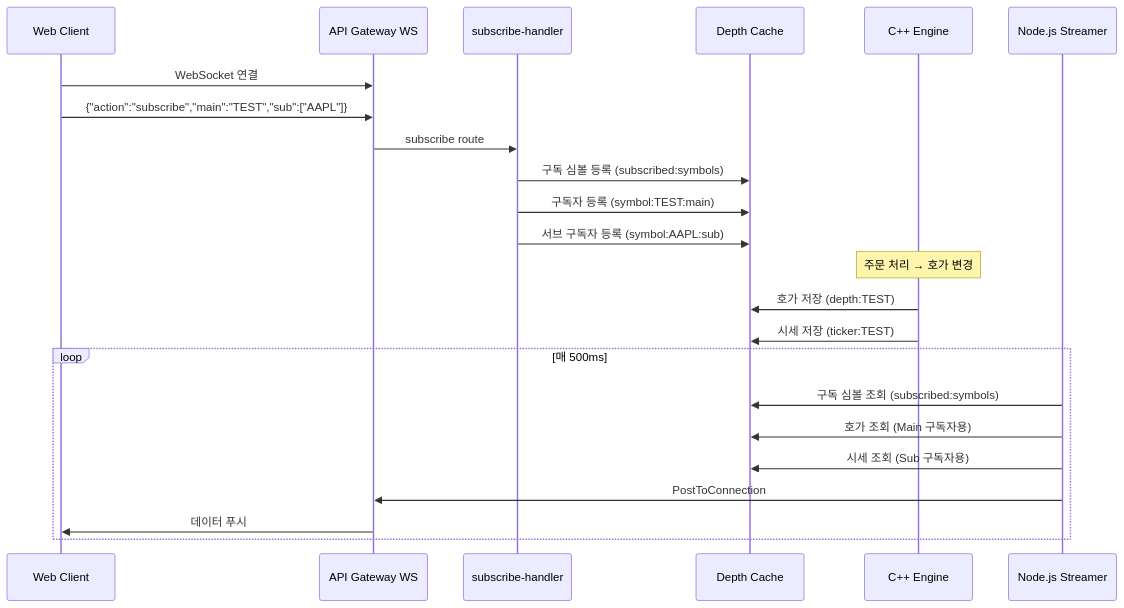
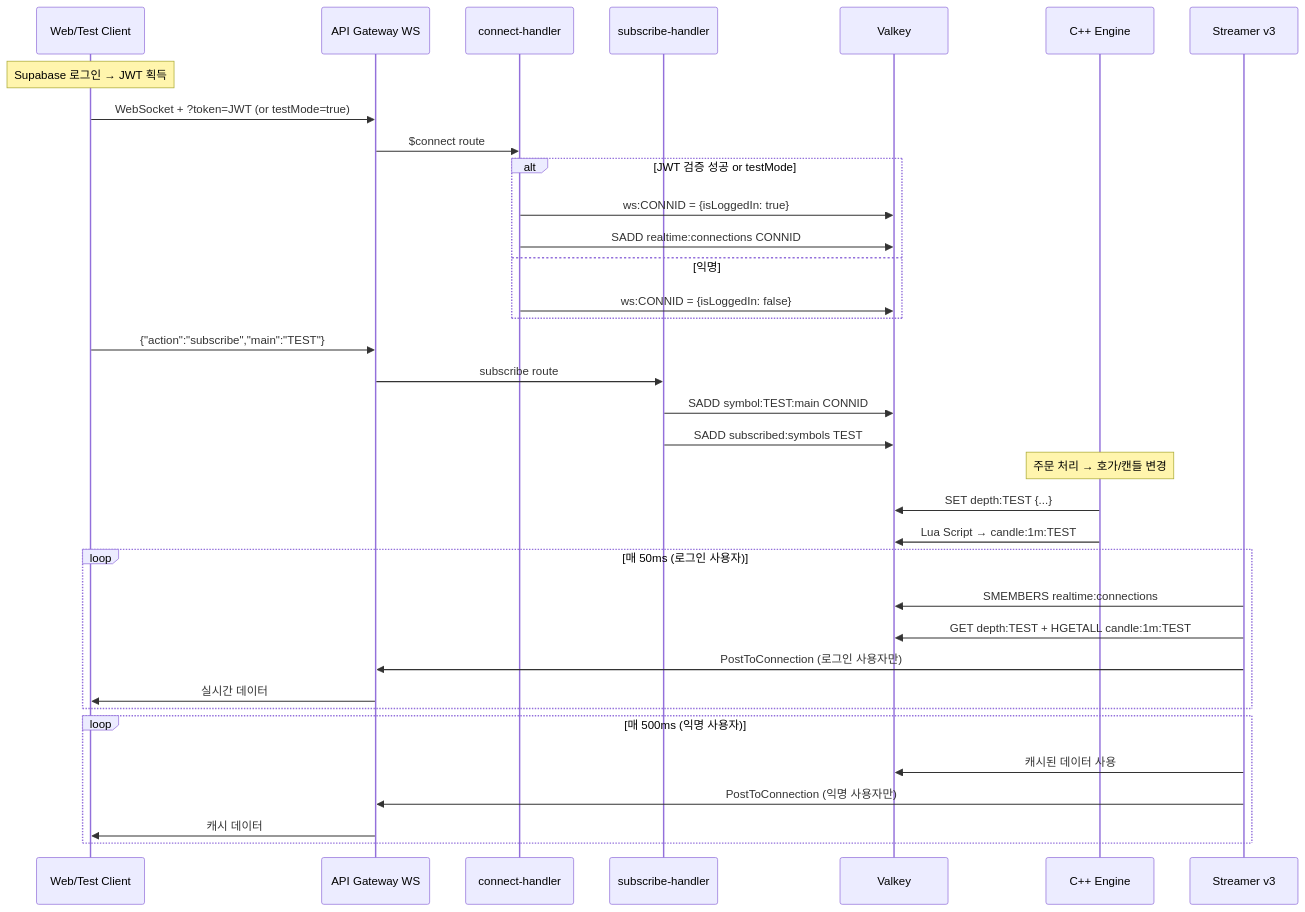
One commit to Ustock-Organization/liquibook changed the second of 3 diagrams in AWS_ARCHITECTURE.md. Above: the diagram before and after it, drawn with Mermaid. The commit also changed other lines of this file and 5 other files, not shown here.

Commit message:
feat: Add market data backup Lambda, Node.js streamer, C++ Redis client, web test, and update architecture documentation.

````diff
--- a/AWS_ARCHITECTURE.md
+++ b/AWS_ARCHITECTURE.md
@@ -86,28 +112,43 @@
 ```mermaid
 sequenceDiagram
-    participant Client as Web Client
+    participant Client as Web/Test Client
     participant APIG as API Gateway WS
+    participant Connect as connect-handler
     participant Subscribe as subscribe-handler
-    participant Valkey as Depth Cache
+    participant Valkey as Valkey
     participant Engine as C++ Engine
-    participant Streamer as Node.js Streamer
+    participant Streamer as Streamer v3
 
-    Client->>APIG: WebSocket 연결
-    Client->>APIG: {"action":"subscribe","main":"TEST","sub":["AAPL"]}
+    Note over Client: Supabase 로그인 → JWT 획득
+    Client->>APIG: WebSocket + ?token=JWT (or testMode=true)
+    APIG->>Connect: $connect route
+    
+    alt JWT 검증 성공 or testMode
+        Connect->>Valkey: ws:CONNID = {isLoggedIn: true}
+        Connect->>Valkey: SADD realtime:connections CONNID
+    else 익명
+        Connect->>Valkey: ws:CONNID = {isLoggedIn: false}
+    end
+    
+    Client->>APIG: {"action":"subscribe","main":"TEST"}
     APIG->>Subscribe: subscribe route
-    Subscribe->>Valkey: 구독 심볼 등록 (subscribed:symbols)
-    Subscribe->>Valkey: 구독자 등록 (symbol:TEST:main)
-    Subscribe->>Valkey: 서브 구독자 등록 (symbol:AAPL:sub)
+    Subscribe->>Valkey: SADD symbol:TEST:main CONNID
+    Subscribe->>Valkey: SADD subscribed:symbols TEST
     
-    Note over Engine: 주문 처리 → 호가 변경
-    Engine->>Valkey: 호가 저장 (depth:TEST)
-    Engine->>Valkey: 시세 저장 (ticker:TEST)
+    Note over Engine: 주문 처리 → 호가/캔들 변경
+    Engine->>Valkey: SET depth:TEST {...}
+    Engine->>Valkey: Lua Script → candle:1m:TEST
     
-    loop 매 500ms
-        Streamer->>Valkey: 구독 심볼 조회 (subscribed:symbols)
-        Streamer->>Valkey: 호가 조회 (Main 구독자용)
-        Streamer->>Valkey: 시세 조회 (Sub 구독자용)
-        Streamer->>APIG: PostToConnection
-        APIG->>Client: 데이터 푸시
+    loop 매 50ms (로그인 사용자)
+        Streamer->>Valkey: SMEMBERS realtime:connections
+        Streamer->>Valkey: GET depth:TEST + HGETALL candle:1m:TEST
+        Streamer->>APIG: PostToConnection (로그인 사용자만)
+        APIG->>Client: 실시간 데이터
+    end
+    
+    loop 매 500ms (익명 사용자)
+        Streamer->>Valkey: 캐시된 데이터 사용
+        Streamer->>APIG: PostToConnection (익명 사용자만)
+        APIG->>Client: 캐시 데이터
     end
 ```
````
